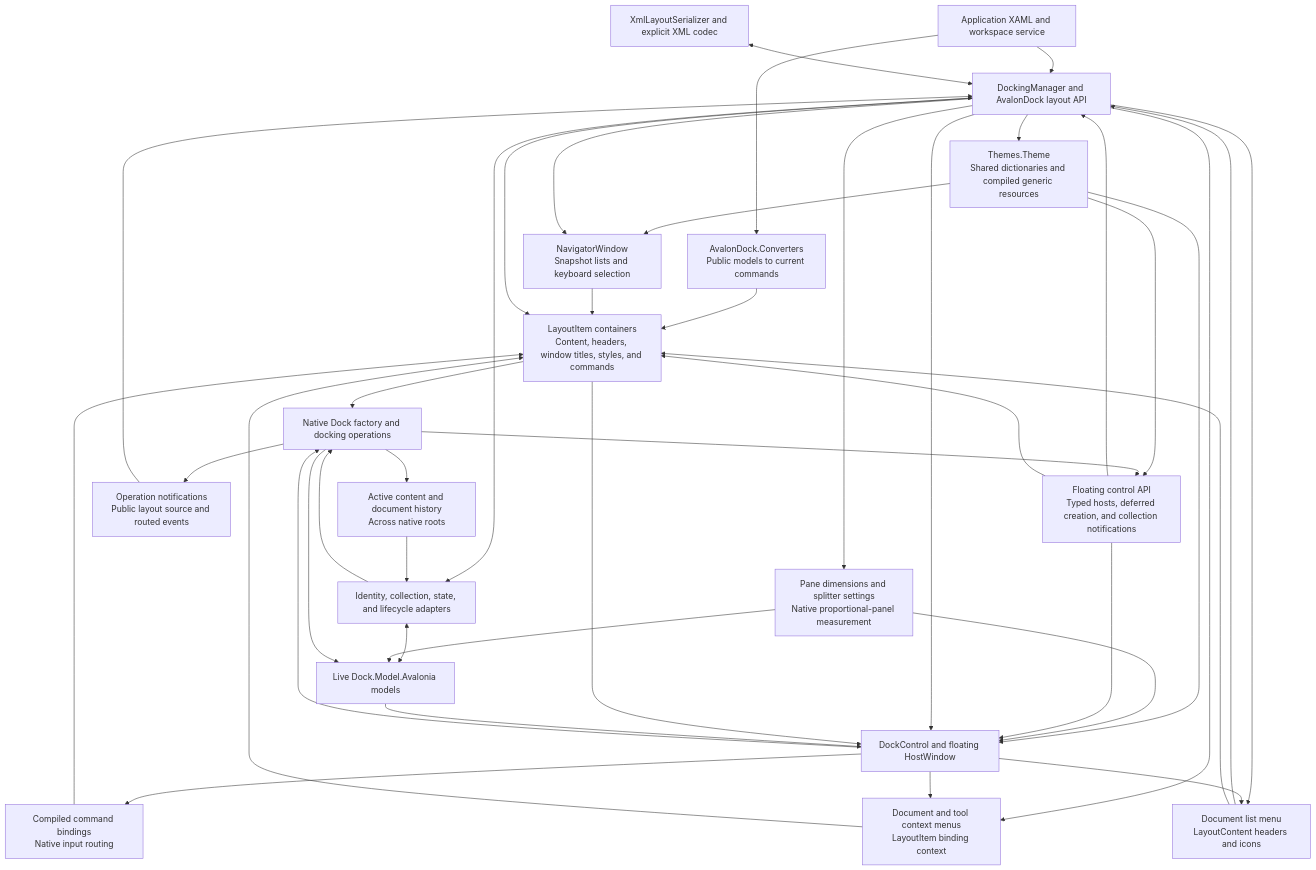
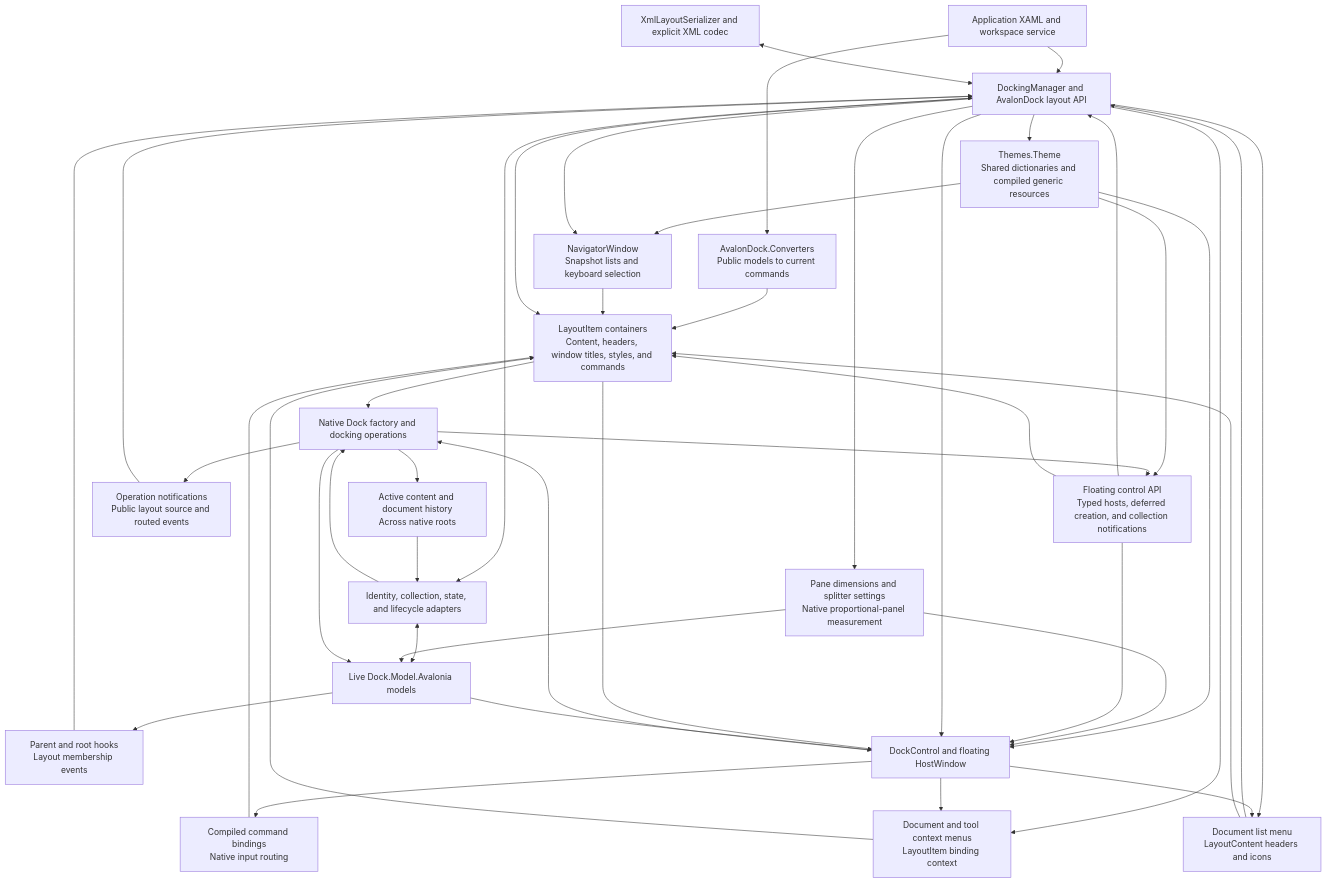
Before and after one commit to wieslawsoltes/Dock: the diagram in src/Dock.Avalonia.AvalonDock/AVALONDOCK.md, drawn with Mermaid. The commit also changed other lines of this file and 6 other files, not shown here.

````diff
--- a/src/Dock.Avalonia.AvalonDock/AVALONDOCK.md
+++ b/src/Dock.Avalonia.AvalonDock/AVALONDOCK.md
@@ -435,61 +443,64 @@
 ```mermaid
 flowchart TB
     App["Application XAML and workspace service"]
     Api["DockingManager and AvalonDock layout API"]
     Items["LayoutItem containers<br/>Content, headers, window titles, styles, and commands"]
     Commands["Compiled command bindings<br/>Native input routing"]
     Converters["AvalonDock.Converters<br/>Public models to current commands"]
     Navigator["NavigatorWindow<br/>Snapshot lists and keyboard selection"]
     ResourceThemes["Themes.Theme<br/>Shared dictionaries and compiled generic resources"]
     Menus["Document and tool context menus<br/>LayoutItem binding context"]
     DocumentList["Document list menu<br/>LayoutContent headers and icons"]
     Bridge["Identity, collection, state, and lifecycle adapters"]
     Focus["Active content and document history<br/>Across native roots"]
+    TreeEvents["Parent and root hooks<br/>Layout membership events"]
     Events["Operation notifications<br/>Public layout source and routed events"]
     Hosts["Floating control API<br/>Typed hosts, deferred creation, and collection notifications"]
     Sizing["Pane dimensions and splitter settings<br/>Native proportional-panel measurement"]
     Models["Live Dock.Model.Avalonia models"]
     Factory["Native Dock factory and docking operations"]
     View["DockControl and floating HostWindow"]
     Xml["XmlLayoutSerializer and explicit XML codec"]
     App --> Api
     App --> Converters
     Converters --> Items
     Api --> ResourceThemes
     ResourceThemes --> Navigator
     ResourceThemes --> Hosts
     ResourceThemes --> View
     Api --> Navigator
     Navigator --> Items
     Api --> Items
     Items --> Factory
     Api <--> Bridge
     Bridge <--> Models
     Api --> Sizing
     Sizing --> Models
     Sizing --> View
     Bridge --> Factory
     Factory --> Models
     Factory --> Focus
     Focus --> Bridge
+    Models --> TreeEvents
+    TreeEvents --> Api
     Factory --> Events
     Events --> Api
     Factory --> Hosts
     Hosts --> View
     Hosts --> Api
     Hosts --> Items
     Api --> View
     Items --> View
     View --> Commands
     Commands --> Items
     Api --> Menus
     View --> Menus
     Menus --> Items
     Api --> DocumentList
     View --> DocumentList
     DocumentList --> Api
     DocumentList --> Items
     Models --> View
     View --> Factory
     Xml <--> Api
 ```
````
